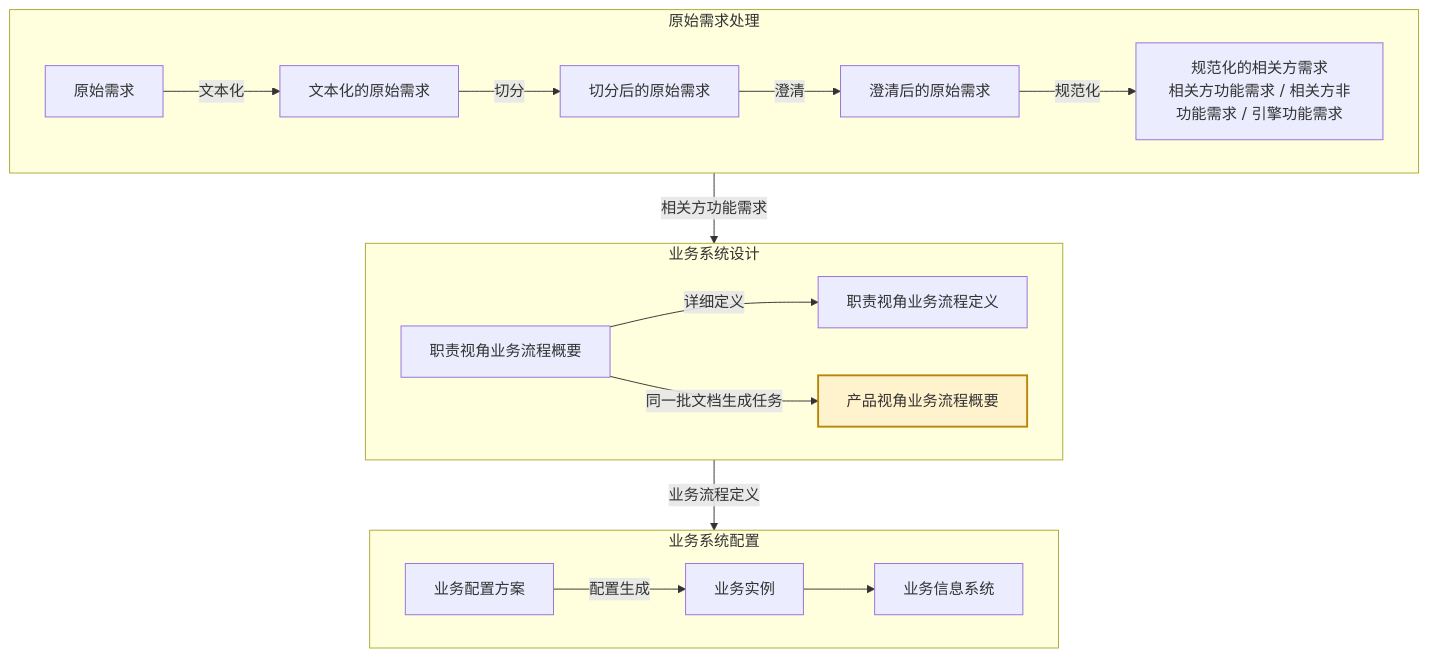
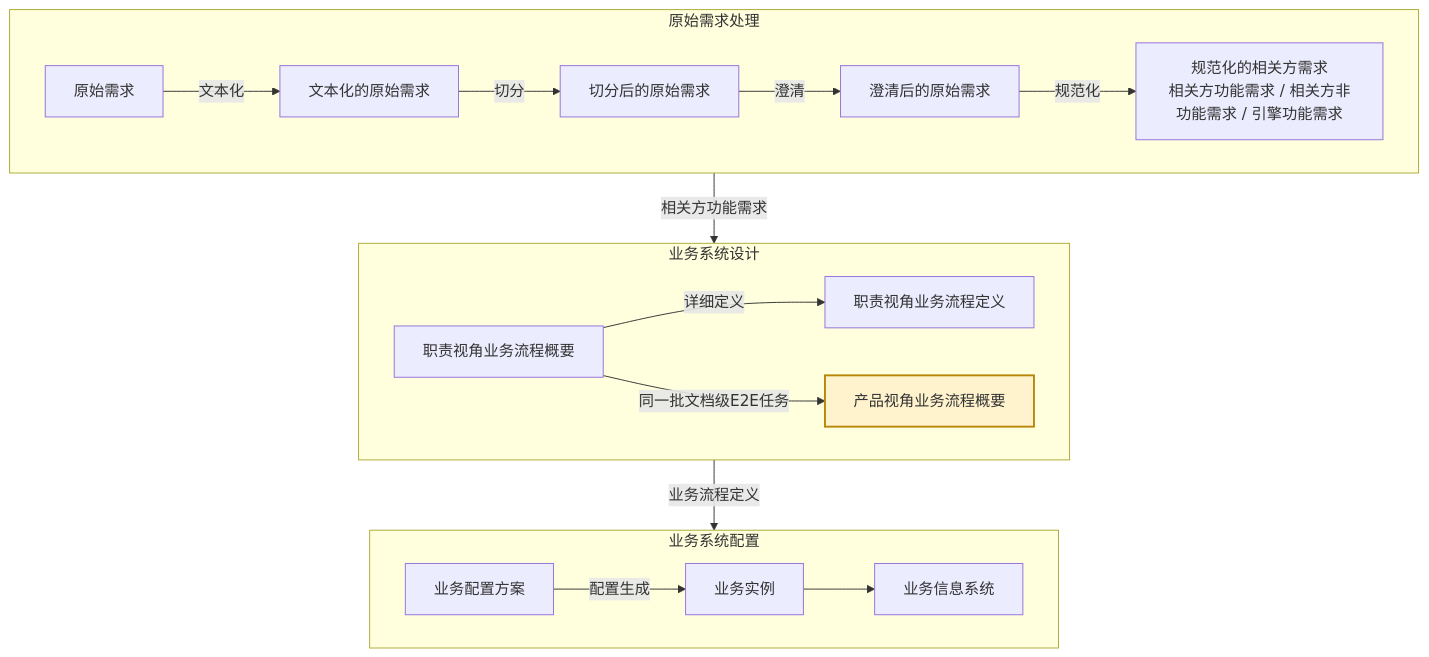
Before and after one commit to Yongjunzhou/AOS-system-design: the diagram in 20-pl4eos/10-pl4eos-subpl-sysdev/10-wfsysdev-4-eos/eos-biz01abp-rbpl2pbpl.md, drawn with Mermaid. The commit also changed other lines of this file and 3 other files, not shown here.

````diff
--- a/20-pl4eos/10-pl4eos-subpl-sysdev/10-wfsysdev-4-eos/eos-biz01abp-rbpl2pbpl.md
+++ b/20-pl4eos/10-pl4eos-subpl-sysdev/10-wfsysdev-4-eos/eos-biz01abp-rbpl2pbpl.md
@@ -30,25 +30,25 @@
 ```mermaid
 flowchart TD
     subgraph S1["原始需求处理"]
         direction LR
         r0["原始需求"] -->|文本化| r1["文本化的原始需求"]
         r1 -->|切分| r2["切分后的原始需求"]
         r2 -->|澄清| r3["澄清后的原始需求"]
         r3 -->|规范化| r4["规范化的相关方需求<br/>相关方功能需求 / 相关方非功能需求 / 引擎功能需求"]
     end
     subgraph S2["业务系统设计"]
         direction LR
         b1["职责视角业务流程概要"] -->|详细定义| b3["职责视角业务流程定义"]
         b2["产品视角业务流程概要"]
     end
     subgraph S3["业务系统配置"]
         direction LR
         c1["业务配置方案"] -->|配置生成| c2["业务实例"]
         c2 --> c3["业务信息系统"]
     end
     r4 -->|相关方功能需求| b1
-    b1 -->|同一批文档生成任务| b2
+    b1 -->|同一批文档级E2E任务| b2
     b3 -->|业务流程定义| c1
     classDef here fill:#fff3cd,stroke:#b8860b,stroke-width:2px
     class b2 here
 ```
````
